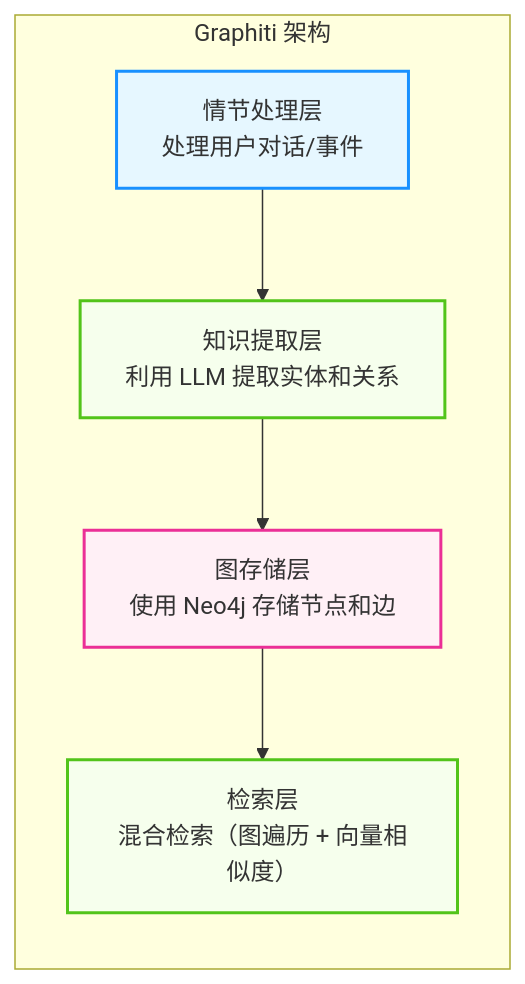
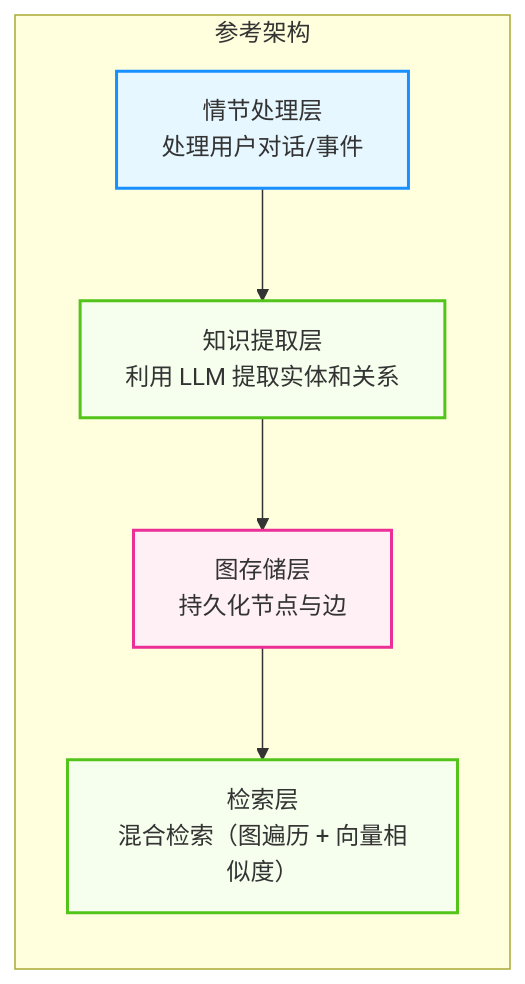
Before and after one commit to yeasy/agentic_ai_guide: the fourth of 4 diagrams in 03_memory/3.5_graph_memory.md, drawn with Mermaid. The commit also changed other lines of this file and 88 other files, not shown here.

````diff
--- a/03_memory/3.5_graph_memory.md
+++ b/03_memory/3.5_graph_memory.md
@@ -180,24 +180,24 @@
 ```mermaid
 graph TD
     %% Agentic Design System
     classDef agent fill:#e6f7ff,stroke:#1890ff,stroke-width:2px;
     classDef memory fill:#fff0f6,stroke:#eb2f96,stroke-width:2px;
     classDef tool fill:#f6ffed,stroke:#52c41a,stroke-width:2px;
 
-    subgraph Graphiti["Graphiti 架构"]
+    subgraph GraphStore["参考架构"]
         direction TB
         L1["情节处理层<br>处理用户对话/事件"]
         L2["知识提取层<br>利用 LLM 提取实体和关系"]
-        L3["图存储层<br>使用 Neo4j 存储节点和边"]
+        L3["图存储层<br>持久化节点与边"]
         L4["检索层<br>混合检索（图遍历 + 向量相似度）"]
 
         L1 --> L2
         L2 --> L3
         L3 --> L4
     end
     
     class L1 agent;
     class L2 tool;
     class L3 memory;
     class L4 tool;
 ```
````
